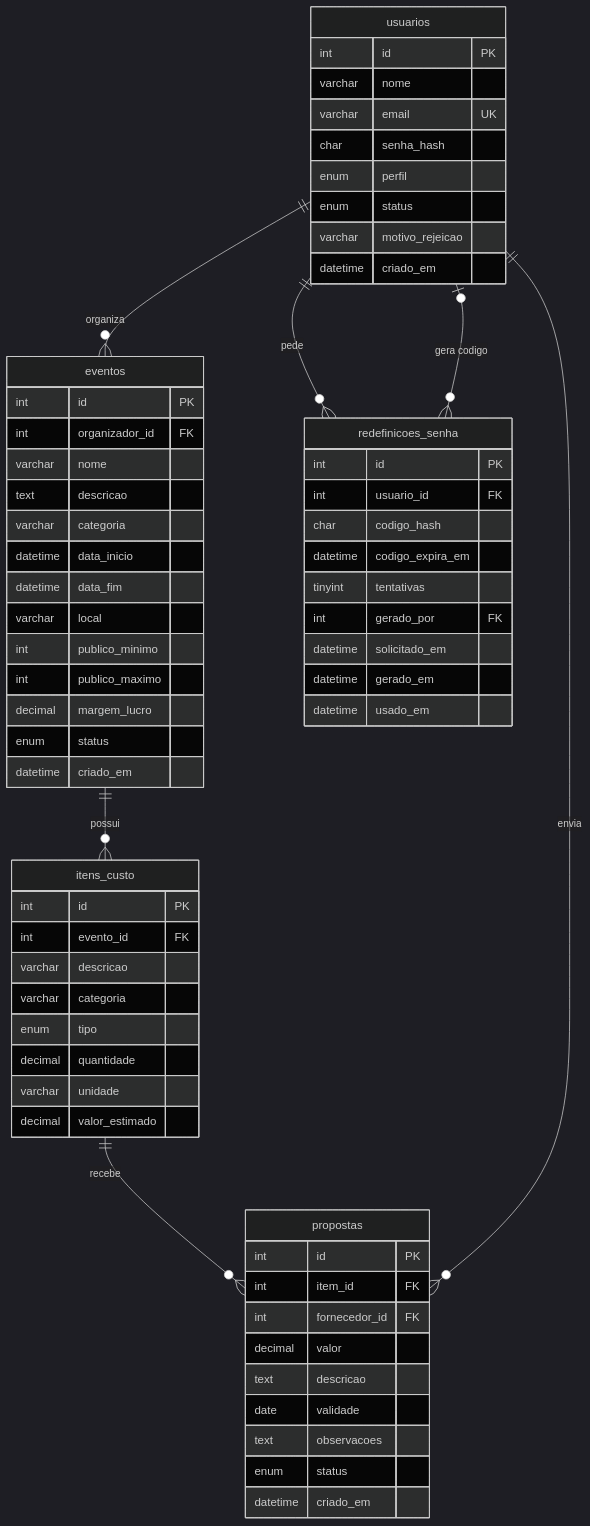
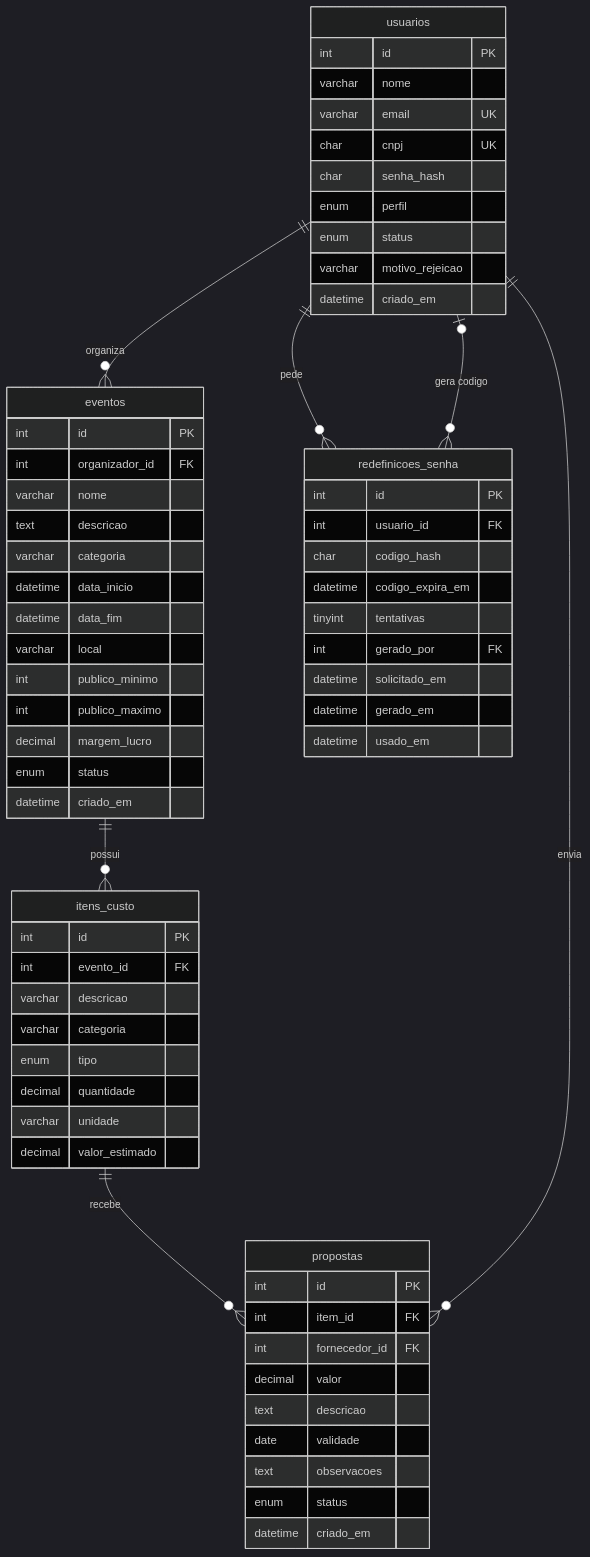
The diagram in src/backend/database/README.md (2026-2-MCC2/Projeto5), drawn with Mermaid (dark theme) before and after one commit. The commit also changed other lines of this file and 11 other files, not shown here.

````diff
--- a/src/backend/database/README.md
+++ b/src/backend/database/README.md
@@ -17,67 +17,68 @@
 ```mermaid
 erDiagram
     usuarios ||--o{ eventos : "organiza"
     eventos ||--o{ itens_custo : "possui"
     itens_custo ||--o{ propostas : "recebe"
     usuarios ||--o{ propostas : "envia"
     usuarios ||--o{ redefinicoes_senha : "pede"
     usuarios |o--o{ redefinicoes_senha : "gera codigo"
 
     usuarios {
         int id PK
         varchar nome
         varchar email UK
+        char cnpj UK
         char senha_hash
         enum perfil
         enum status
         varchar motivo_rejeicao
         datetime criado_em
     }
     eventos {
         int id PK
         int organizador_id FK
         varchar nome
         text descricao
         varchar categoria
         datetime data_inicio
         datetime data_fim
         varchar local
         int publico_minimo
         int publico_maximo
         decimal margem_lucro
         enum status
         datetime criado_em
     }
     itens_custo {
         int id PK
         int evento_id FK
         varchar descricao
         varchar categoria
         enum tipo
         decimal quantidade
         varchar unidade
         decimal valor_estimado
     }
     propostas {
         int id PK
         int item_id FK
         int fornecedor_id FK
         decimal valor
         text descricao
         date validade
         text observacoes
         enum status
         datetime criado_em
     }
     redefinicoes_senha {
         int id PK
         int usuario_id FK
         char codigo_hash
         datetime codigo_expira_em
         tinyint tentativas
         int gerado_por FK
         datetime solicitado_em
         datetime gerado_em
         datetime usado_em
     }
 ```
````
